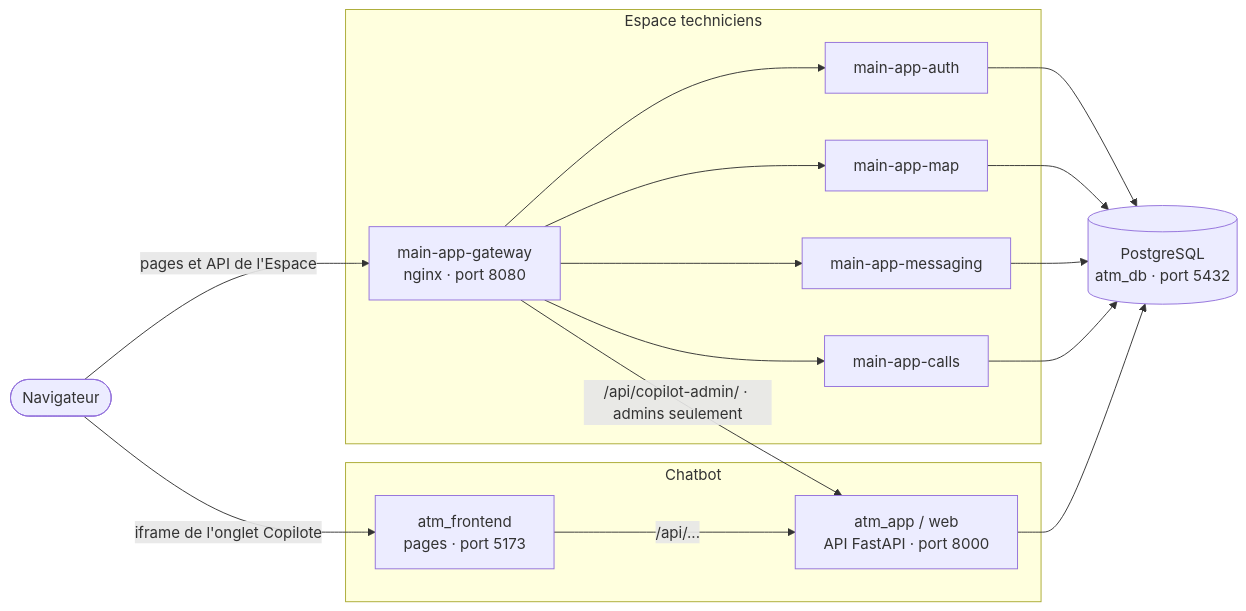
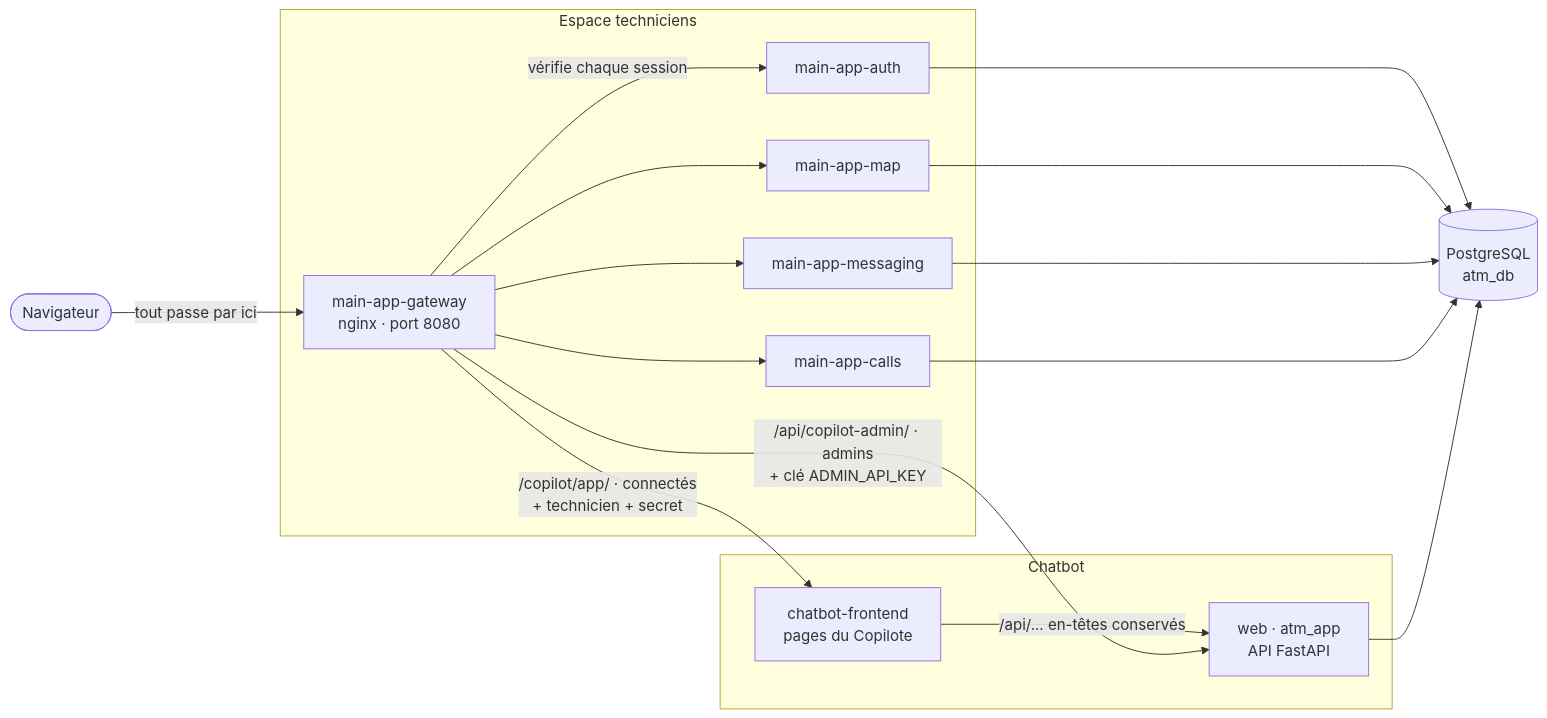
The first of 4 diagrams in docs/demarrage-et-connexions.md (kalinuxjohn-ctrl/atm-chatbot), drawn with Mermaid before and after one commit. The commit also changed other lines of this file and 43 other files, not shown here.

First line of the commit message:
Connect the Copilote to the Espace techniciens login

````diff
--- a/docs/demarrage-et-connexions.md
+++ b/docs/demarrage-et-connexions.md
@@ -26,27 +26,28 @@
 ```mermaid
 flowchart LR
     navigateur([Navigateur])
 
     subgraph espace[Espace techniciens]
         gateway[main-app-gateway<br/>nginx · port 8080]
         auth[main-app-auth]
         map[main-app-map]
         messaging[main-app-messaging]
         calls[main-app-calls]
     end
 
     subgraph chatbot[Chatbot]
-        frontend[atm_frontend<br/>pages · port 5173]
-        web[atm_app / web<br/>API FastAPI · port 8000]
+        frontend[chatbot-frontend<br/>pages du Copilote]
+        web[web · atm_app<br/>API FastAPI]
     end
 
-    base[(PostgreSQL<br/>atm_db · port 5432)]
+    base[(PostgreSQL<br/>atm_db)]
 
-    navigateur -->|pages et API de l'Espace| gateway
-    navigateur -->|iframe de l'onglet Copilote| frontend
-    gateway --> auth & map & messaging & calls
-    gateway -->|/api/copilot-admin/ · admins seulement| web
-    frontend -->|/api/...| web
+    navigateur -->|tout passe par ici| gateway
+    gateway -->|vérifie chaque session| auth
+    gateway --> map & messaging & calls
+    gateway -->|/copilot/app/ · connectés<br/>+ technicien + secret| frontend
+    frontend -->|/api/... en-têtes conservés| web
+    gateway -->|/api/copilot-admin/ · admins<br/>+ clé ADMIN_API_KEY| web
     auth & map & messaging & calls --> base
     web --> base
 ```
````
